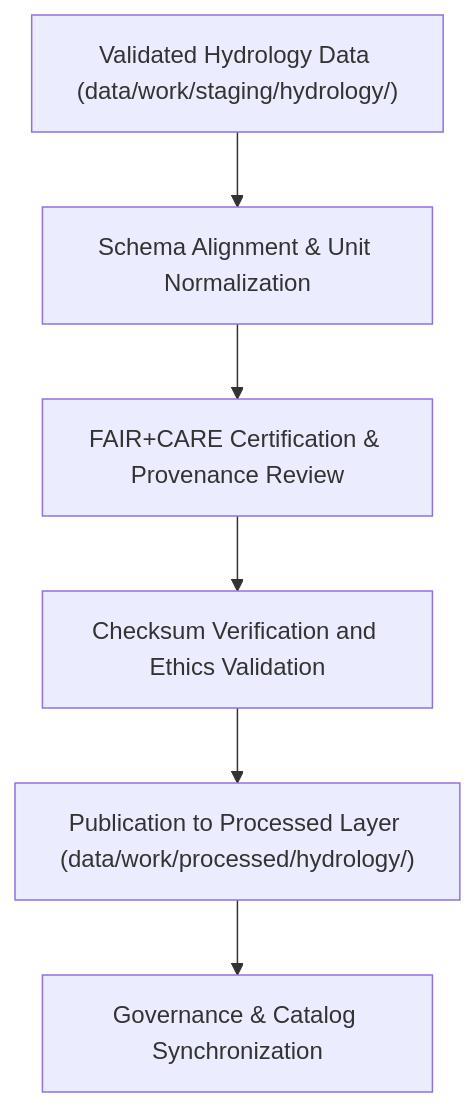
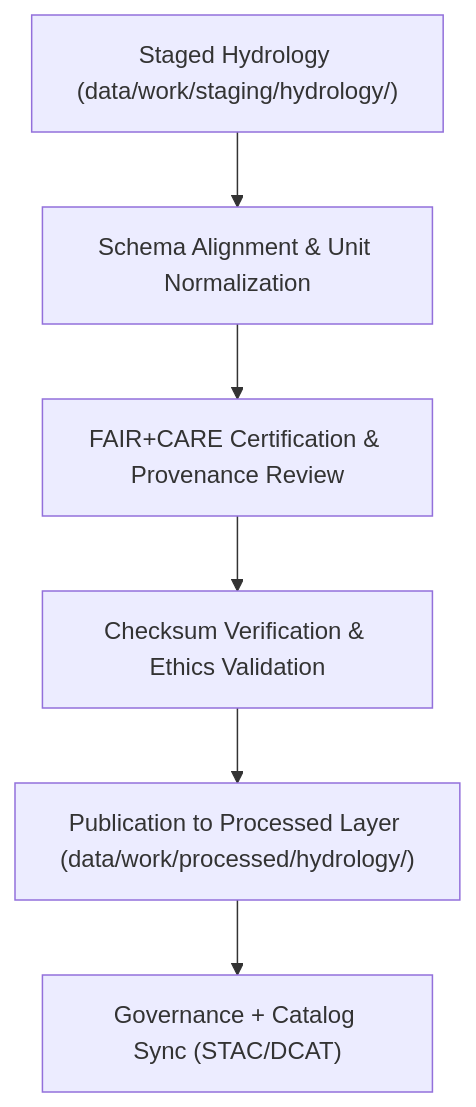
Before and after one commit to bartytime4life/Kansas-Frontier-Matrix: the diagram in data/work/processed/hydrology/README.md, drawn with Mermaid. The commit also changed other lines of this file, not shown here.

````diff
--- a/data/work/processed/hydrology/README.md
+++ b/data/work/processed/hydrology/README.md
@@ -63,8 +64,8 @@
 ```mermaid
 flowchart TD
-    A["Validated Hydrology Data (data/work/staging/hydrology/)"] --> B["Schema Alignment & Unit Normalization"]
+    A["Staged Hydrology (data/work/staging/hydrology/)"] --> B["Schema Alignment & Unit Normalization"]
     B --> C["FAIR+CARE Certification & Provenance Review"]
-    C --> D["Checksum Verification and Ethics Validation"]
+    C --> D["Checksum Verification & Ethics Validation"]
     D --> E["Publication to Processed Layer (data/work/processed/hydrology/)"]
-    E --> F["Governance & Catalog Synchronization"]
+    E --> F["Governance + Catalog Sync (STAC/DCAT)"]
 ```
````
